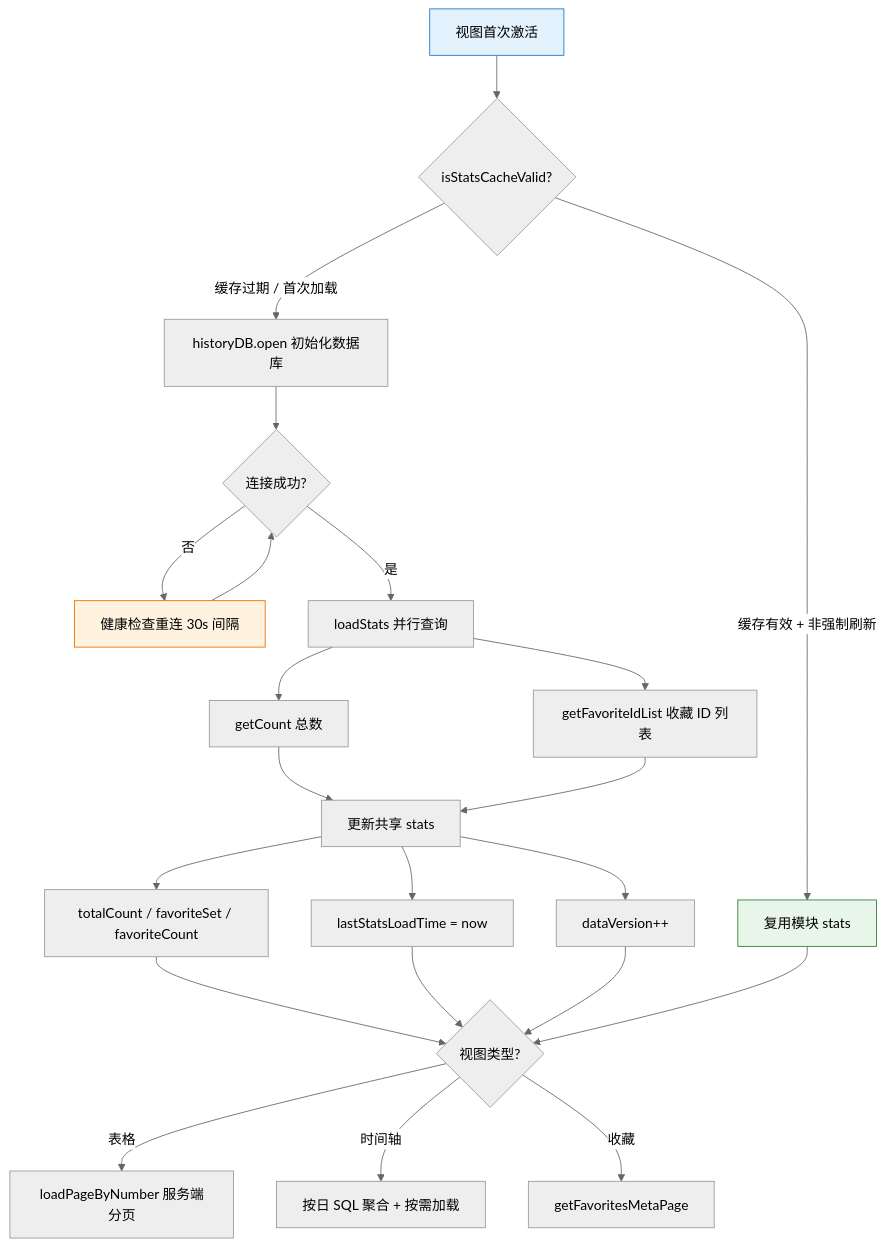
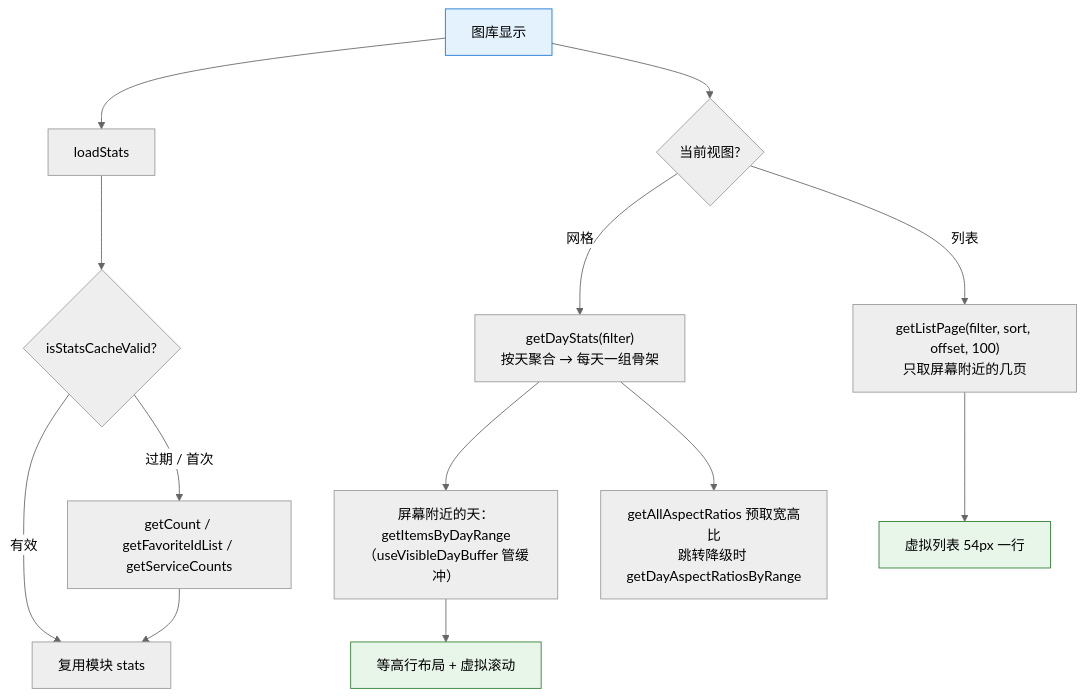
The first of 3 diagrams in docs/flows/history-flow.md (joeyliu6/PicNexus), drawn with Mermaid (neutral theme) before and after one commit. The commit also changed other lines of this file and 14 other files, not shown here.

Commit message:
docs: describe the gallery in the flows, architecture and API references

````diff
--- a/docs/flows/history-flow.md
+++ b/docs/flows/history-flow.md
@@ -19,32 +18,20 @@
 ```mermaid
 flowchart TD
-    A[视图首次激活] --> B{isStatsCacheValid?}
-    B -- "缓存有效 + 非强制刷新" --> C[复用模块 stats]
-    B -- "缓存过期 / 首次加载" --> D[historyDB.open 初始化数据库]
+    A[图库显示] --> B[loadStats]
+    B --> B1{isStatsCacheValid?}
+    B1 -- 有效 --> C[复用模块 stats]
+    B1 -- 过期 / 首次 --> D["getCount / getFavoriteIdList / getServiceCounts"]
+    D --> C
 
-    D --> E{连接成功?}
-    E -- 否 --> E1[健康检查重连 30s 间隔]
-    E1 --> E
-    E -- 是 --> F
+    A --> V{当前视图?}
+    V -- 网格 --> G1["getDayStats(filter)\n按天聚合 → 每天一组骨架"]
+    G1 --> G2["屏幕附近的天：getItemsByDayRange\n（useVisibleDayBuffer 管缓冲）"]
+    G1 --> G3["getAllAspectRatios 预取宽高比\n跳转降级时 getDayAspectRatiosByRange"]
+    G2 --> G4[等高行布局 + 虚拟滚动]
+    V -- 列表 --> L1["getListPage(filter, sort, offset, 100)\n只取屏幕附近的几页"]
+    L1 --> L2[虚拟列表 54px 一行]
 
-    F[loadStats 并行查询]
-    F --> F1[getCount 总数]
-    F --> F2[getFavoriteIdList 收藏 ID 列表]
-
-    F1 & F2 --> G[更新共享 stats]
-    G --> G1["totalCount / favoriteSet / favoriteCount"]
-    G --> G2["lastStatsLoadTime = now"]
-    G --> G3["dataVersion++"]
-
-    G1 & G2 & G3 --> H{视图类型?}
-    H -- 表格 --> I[loadPageByNumber 服务端分页]
-    H -- 时间轴 --> J[按日 SQL 聚合 + 按需加载]
-    H -- 收藏 --> K[getFavoritesMetaPage]
-
-    C --> H
-
-    %% 样式
     style A fill:#e3f2fd,stroke:#1976d2
-    style C fill:#e8f5e9,stroke:#2e7d32
-    style E1 fill:#fff3e0,stroke:#ef6c00
+    style G4 fill:#e8f5e9,stroke:#2e7d32
+    style L2 fill:#e8f5e9,stroke:#2e7d32
 ```
````
